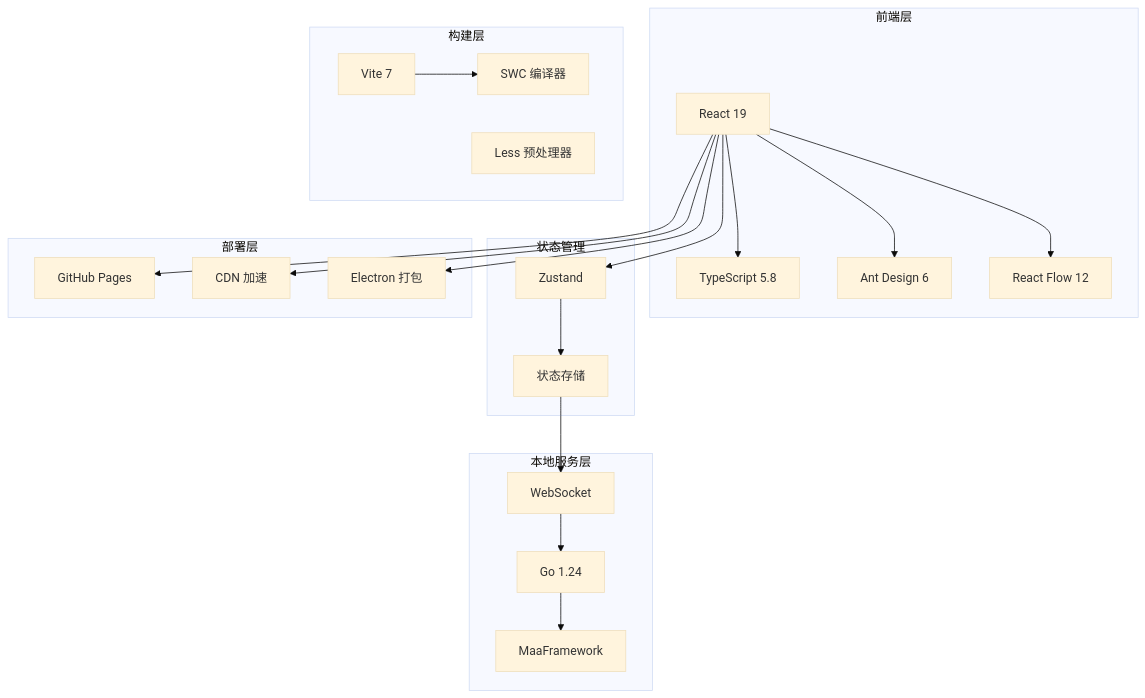
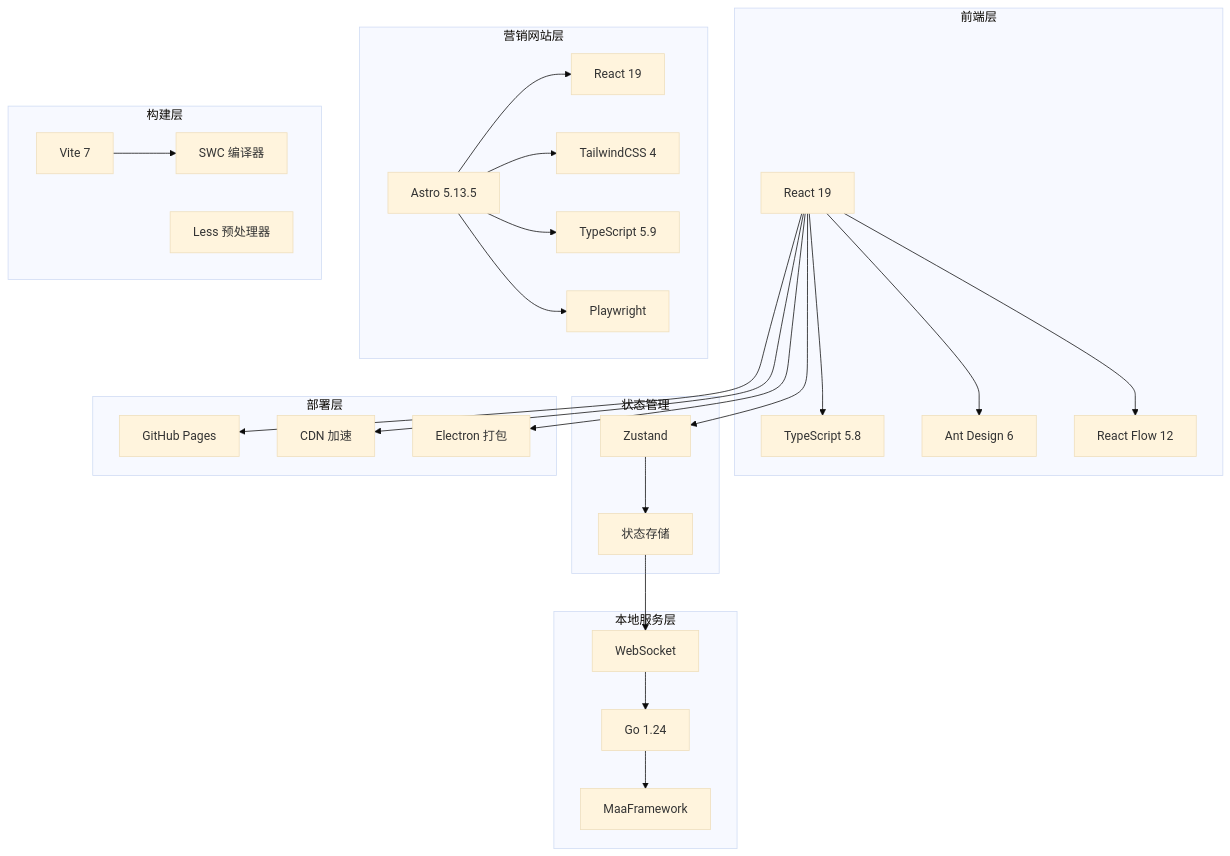
One commit to kqcoxn/MaaPipelineEditor changed the fifth of 18 diagrams in .qoder/repowiki/zh/content/开发者指南/门面站点建设规划.md. Above: the diagram before and after it, drawn with Mermaid (base theme). The commit also changed other lines of this file and 8 other files, not shown here.

````diff
--- a/.qoder/repowiki/zh/content/开发者指南/门面站点建设规划.md
+++ b/.qoder/repowiki/zh/content/开发者指南/门面站点建设规划.md
@@ -205,40 +249,51 @@
 ```mermaid
 graph TB
 subgraph "前端层"
 REACT[React 19]
 TS[TypeScript 5.8]
 ANT[Ant Design 6]
 FLOW[React Flow 12]
+end
+subgraph "营销网站层"
+ASTRO[Astro 5.13.5]
+REACT_LANDING[React 19]
+TAILWIND[TailwindCSS 4]
+TYPESCRIPT_TS[TypeScript 5.9]
+PLAYWRIGHT[Playwright]
 end
 subgraph "构建层"
 VITE[Vite 7]
 SWC[SWC 编译器]
 LESS[Less 预处理器]
 end
 subgraph "状态管理"
 ZUSTAND[Zustand]
 STORES[状态存储]
 end
 subgraph "本地服务层"
 GO[Go 1.24]
 WEBSOCKET[WebSocket]
 FRAMEWORK[MaaFramework]
 end
 subgraph "部署层"
 GITHUB[GitHub Pages]
 CDN[CDN 加速]
 EXTREMER[Electron 打包]
 end
 REACT --> TS
 REACT --> ANT
 REACT --> FLOW
+ASTRO --> REACT_LANDING
+ASTRO --> TAILWIND
+ASTRO --> TYPESCRIPT_TS
+ASTRO --> PLAYWRIGHT
 VITE --> SWC
 REACT --> ZUSTAND
 ZUSTAND --> STORES
 STORES --> WEBSOCKET
 WEBSOCKET --> GO
 GO --> FRAMEWORK
 REACT --> GITHUB
 REACT --> CDN
 REACT --> EXTREMER
 ```
````
